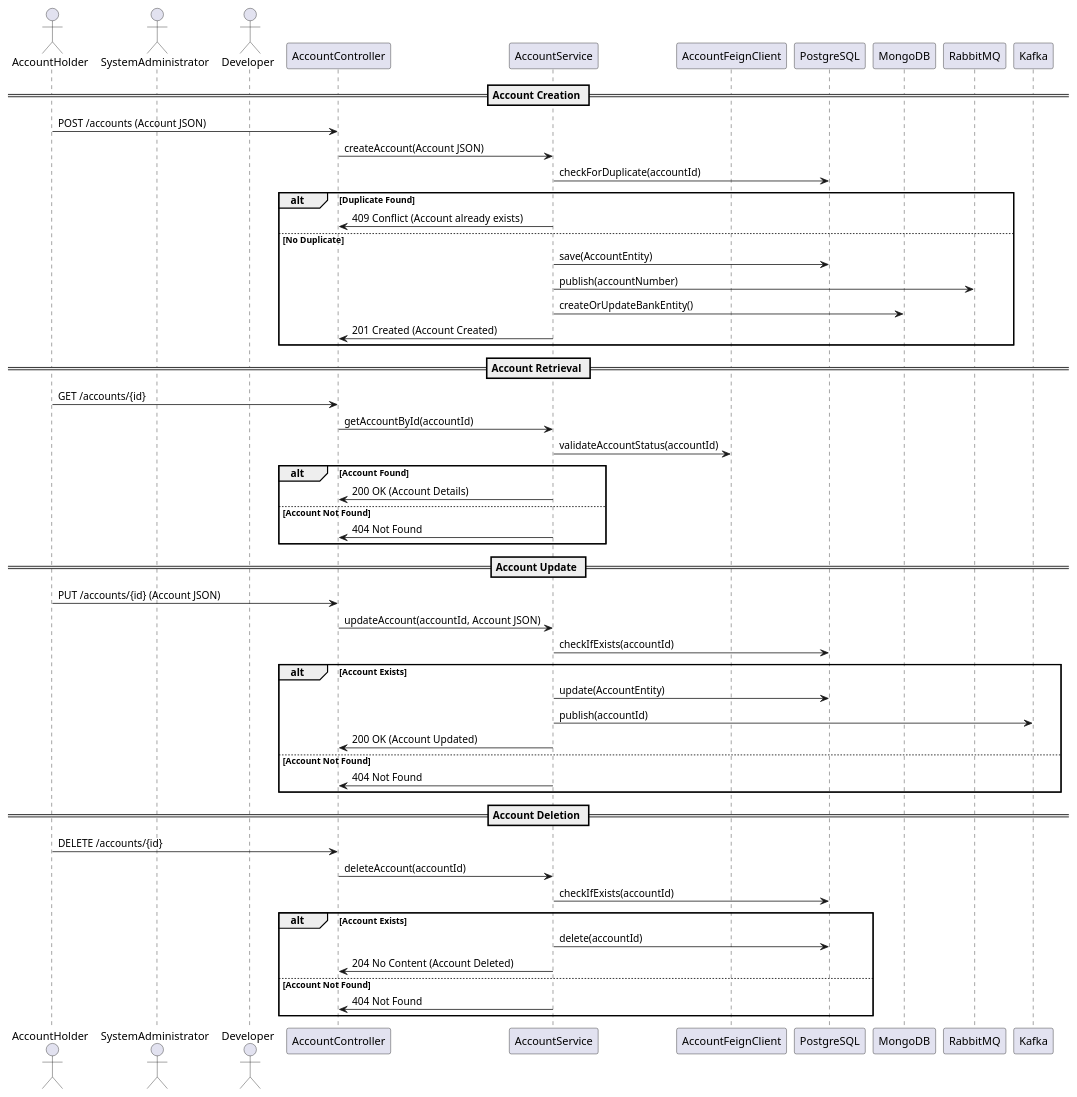
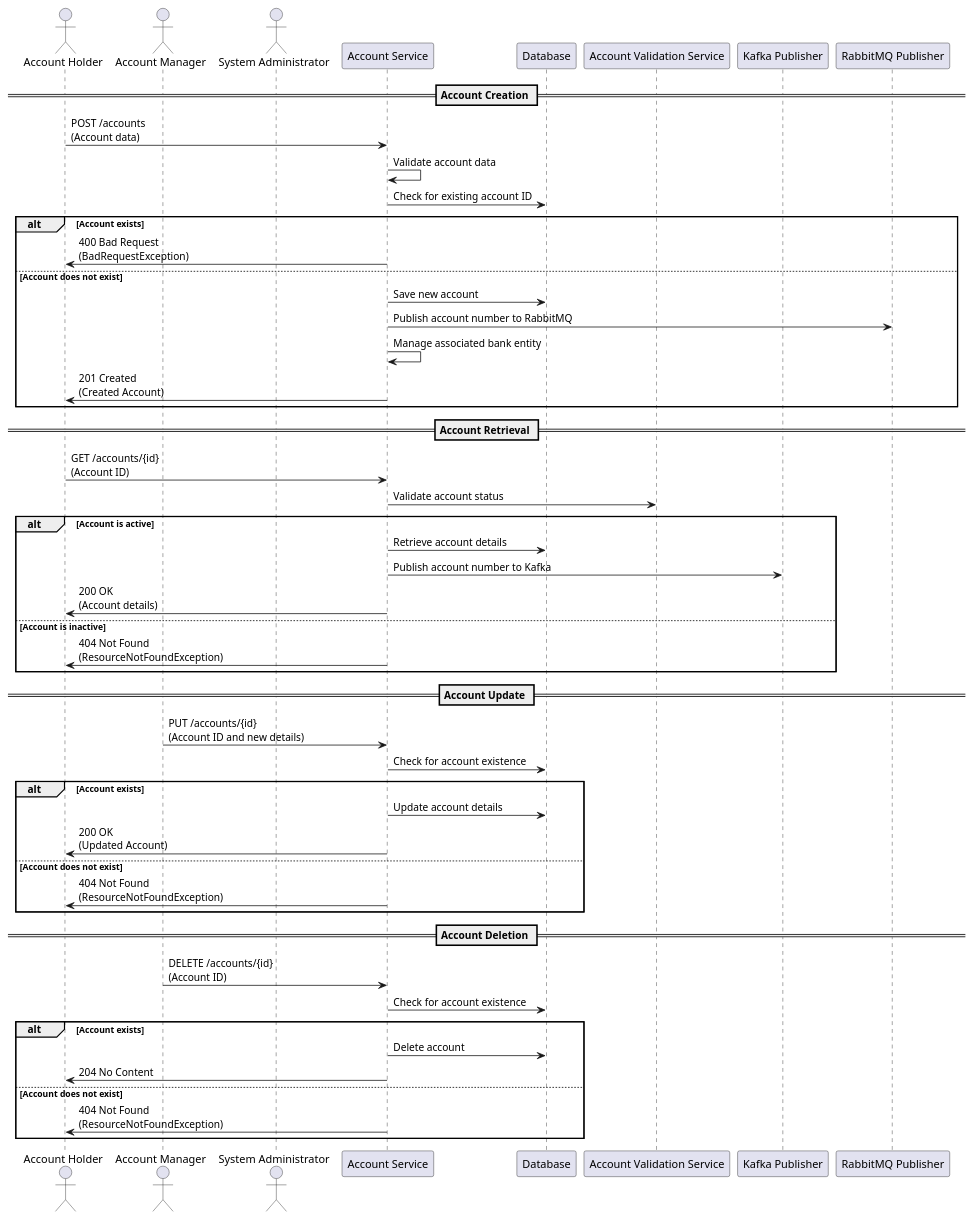
Before and after one commit to Bhaskar-Pavan/AccountService: the diagram in design_document/Account_service.md, drawn with PlantUML. The commit also changed other lines of this file, not shown here.

````diff
--- a/design_document/Account_service.md
+++ b/design_document/Account_service.md
@@ -38,61 +35,57 @@
 ```plantuml
 @startuml
-actor AccountHolder
-actor SystemAdministrator
-actor Developer
-participant "AccountController" as Controller
-participant "AccountService" as Service
-participant "AccountFeignClient" as FeignClient
-participant "PostgreSQL" as Database
-participant "MongoDB" as BankDatabase
-participant "RabbitMQ" as RabbitMQ
-participant "Kafka" as Kafka
+actor "Account Holder" as AH
+actor "Account Manager" as AM
+actor "System Administrator" as SA
+participant "Account Service" as AS
+participant "Database" as DB
+participant "Account Validation Service" as AVS
+participant "Kafka Publisher" as KP
+participant "RabbitMQ Publisher" as RP
 
 == Account Creation ==
-AccountHolder -> Controller : POST /accounts (Account JSON)
-Controller -> Service : createAccount(Account JSON)
-Service -> Database : checkForDuplicate(accountId)
-alt Duplicate Found
-    Service -> Controller : 409 Conflict (Account already exists)
-else No Duplicate
-    Service -> Database : save(AccountEntity)
-    Service -> RabbitMQ : publish(accountNumber)
-    Service -> BankDatabase : createOrUpdateBankEntity()
-    Service -> Controller : 201 Created (Account Created)
+AH -> AS : POST /accounts\n(Account data)
+AS -> AS : Validate account data
+AS -> DB : Check for existing account ID
+alt Account exists
+    AS -> AH : 400 Bad Request\n(BadRequestException)
+else Account does not exist
+    AS -> DB : Save new account
+    AS -> RP : Publish account number to RabbitMQ
+    AS -> AS : Manage associated bank entity
+    AS -> AH : 201 Created\n(Created Account)
 end
 
 == Account Retrieval ==
-AccountHolder -> Controller : GET /accounts/{id}
-Controller -> Service : getAccountById(accountId)
-Service -> FeignClient : validateAccountStatus(accountId)
-alt Account Found
-    Service -> Controller : 200 OK (Account Details)
-else Account Not Found
-    Service -> Controller : 404 Not Found
+AH -> AS : GET /accounts/{id}\n(Account ID)
+AS -> AVS : Validate account status
+alt Account is active
+    AS -> DB : Retrieve account details
+    AS -> KP : Publish account number to Kafka
+    AS -> AH : 200 OK\n(Account details)
+else Account is inactive
+    AS -> AH : 404 Not Found\n(ResourceNotFoundException)
 end
 
 == Account Update ==
-AccountHolder -> Controller : PUT /accounts/{id} (Account JSON)
-Controller -> Service : updateAccount(accountId, Account JSON)
-Service -> Database : checkIfExists(accountId)
-alt Account Exists
-    Service -> Database : update(AccountEntity)
-    Service -> Kafka : publish(accountId)
-    Service -> Controller : 200 OK (Account Updated)
-else Account Not Found
-    Service -> Controller : 404 Not Found
+AM -> AS : PUT /accounts/{id}\n(Account ID and new details)
+AS -> DB : Check for account existence
+alt Account exists
+    AS -> DB : Update account details
+    AS -> AH : 200 OK\n(Updated Account)
+else Account does not exist
+    AS -> AH : 404 Not Found\n(ResourceNotFoundException)
 end
 
 == Account Deletion ==
-AccountHolder -> Controller : DELETE /accounts/{id}
-Controller -> Service : deleteAccount(accountId)
-Service -> Database : checkIfExists(accountId)
-alt Account Exists
-    Service -> Database : delete(accountId)
-    Service -> Controller : 204 No Content (Account Deleted)
-else Account Not Found
-    Service -> Controller : 404 Not Found
+AM -> AS : DELETE /accounts/{id}\n(Account ID)
+AS -> DB : Check for account existence
+alt Account exists
+    AS -> DB : Delete account
+    AS -> AH : 204 No Content
+else Account does not exist
+    AS -> AH : 404 Not Found\n(ResourceNotFoundException)
 end
 
 @enduml
 ```
````
